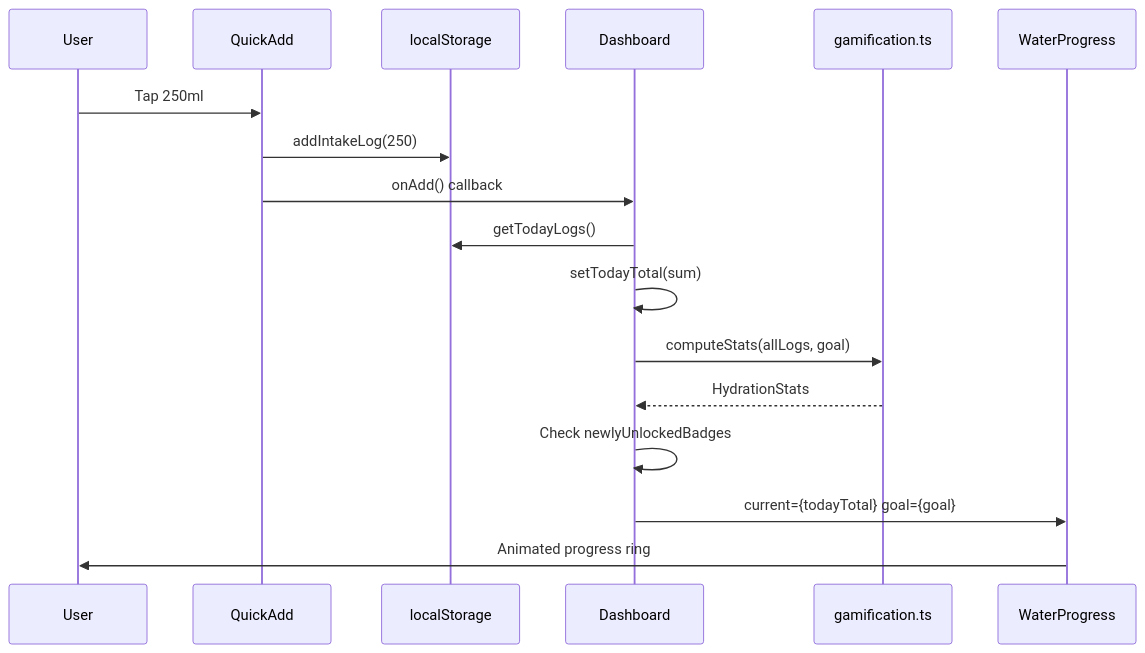
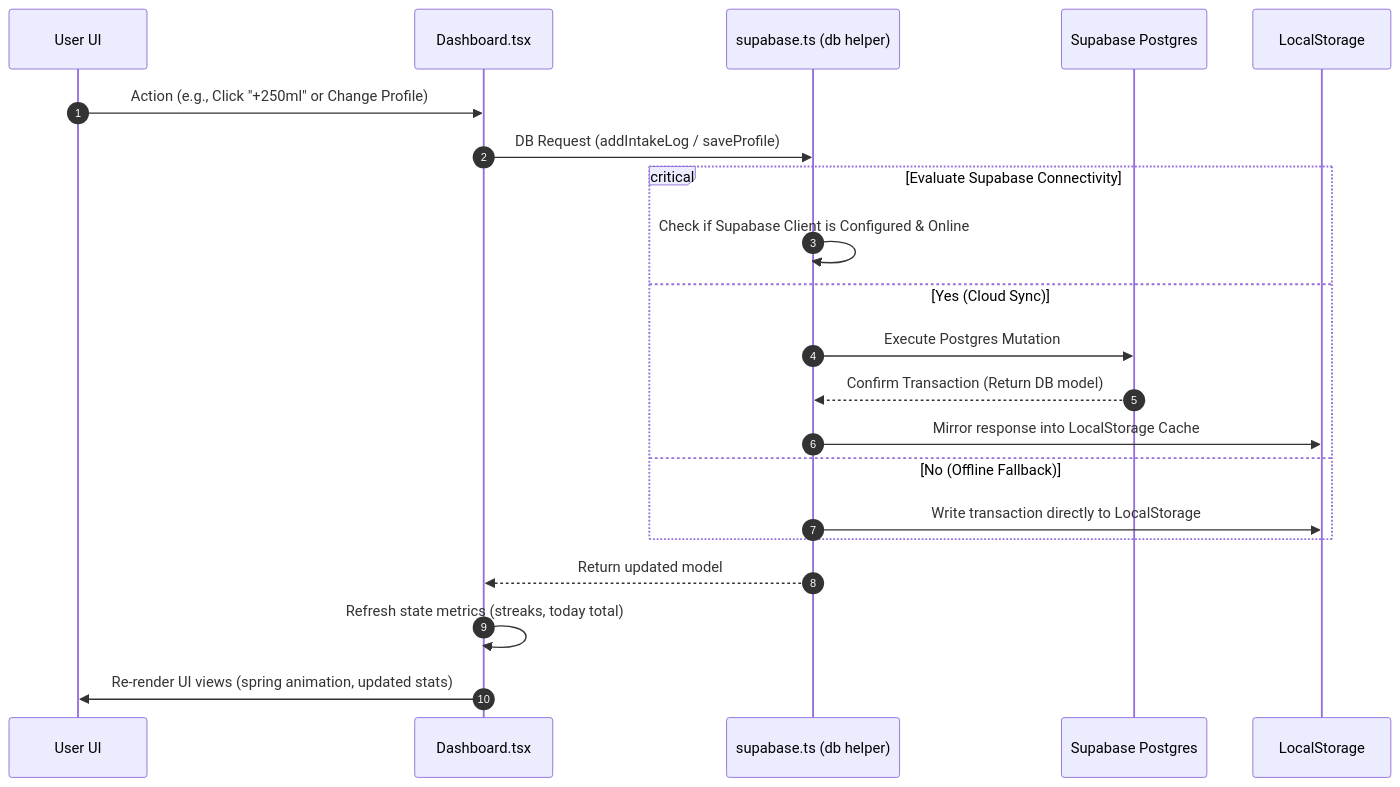
Before and after one commit to ramalokeshreddyp/hydrosmart-ai: the third of 4 diagrams in architecture.md, drawn with Mermaid. The commit also changed other lines of this file and 4 other files, not shown here.

````diff
--- a/architecture.md
+++ b/architecture.md
@@ -183,20 +136,26 @@
 ```mermaid
 sequenceDiagram
-    participant U as User
-    participant QA as QuickAdd
-    participant LS as localStorage
-    participant D as Dashboard
-    participant G as gamification.ts
-    participant WP as WaterProgress
+    autonumber
+    participant User as User UI
+    participant Dash as Dashboard.tsx
+    participant DB as supabase.ts (db helper)
+    participant Cloud as Supabase Postgres
+    participant Cache as LocalStorage
 
-    U->>QA: Tap 250ml
-    QA->>LS: addIntakeLog(250)
-    QA->>D: onAdd() callback
-    D->>LS: getTodayLogs()
-    D->>D: setTodayTotal(sum)
-    D->>G: computeStats(allLogs, goal)
-    G-->>D: HydrationStats
-    D->>D: Check newlyUnlockedBadges
-    D->>WP: current={todayTotal} goal={goal}
-    WP->>U: Animated progress ring
+    User->>Dash: Action (e.g., Click "+250ml" or Change Profile)
+    Dash->>DB: DB Request (addIntakeLog / saveProfile)
+    
+    critical Evaluate Supabase Connectivity
+        DB->>DB: Check if Supabase Client is Configured & Online
+    option Yes (Cloud Sync)
+        DB->>Cloud: Execute Postgres Mutation
+        Cloud-->>DB: Confirm Transaction (Return DB model)
+        DB->>Cache: Mirror response into LocalStorage Cache
+    option No (Offline Fallback)
+        DB->>Cache: Write transaction directly to LocalStorage
+    end
+
+    DB-->>Dash: Return updated model
+    Dash->>Dash: Refresh state metrics (streaks, today total)
+    Dash->>User: Re-render UI views (spring animation, updated stats)
 ```
````
